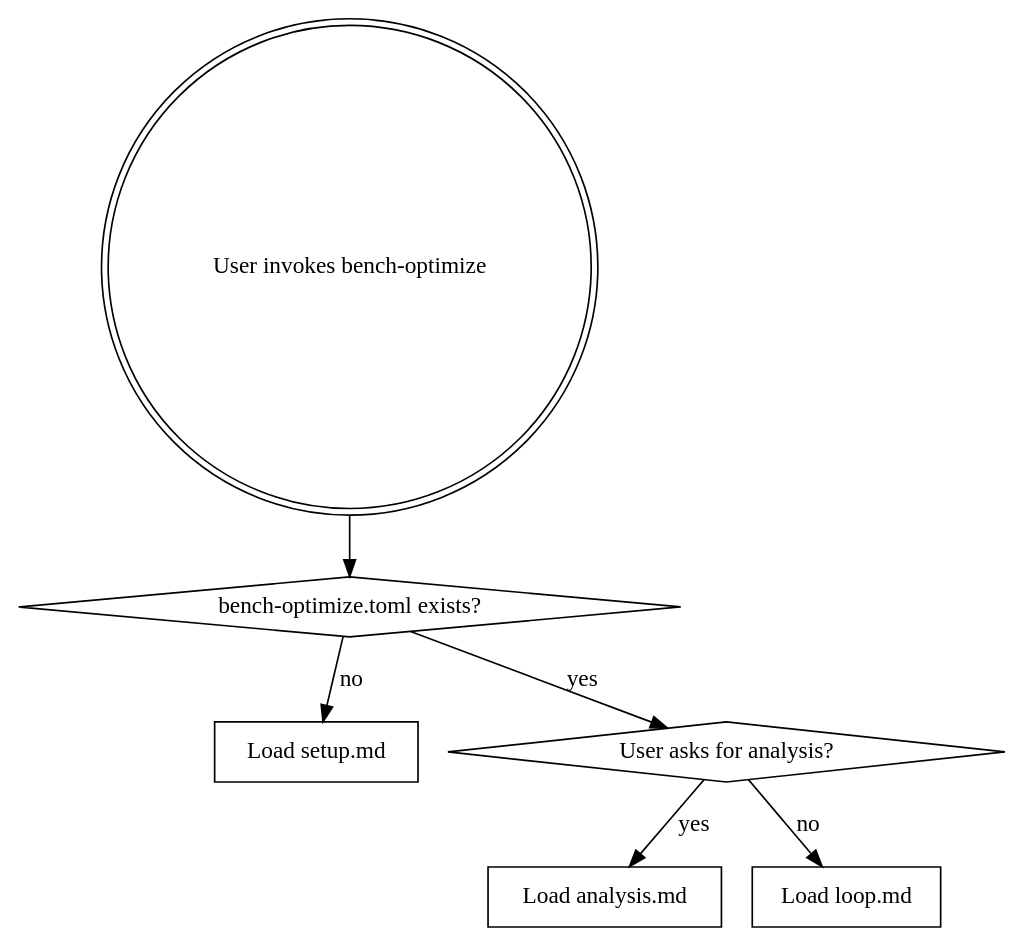
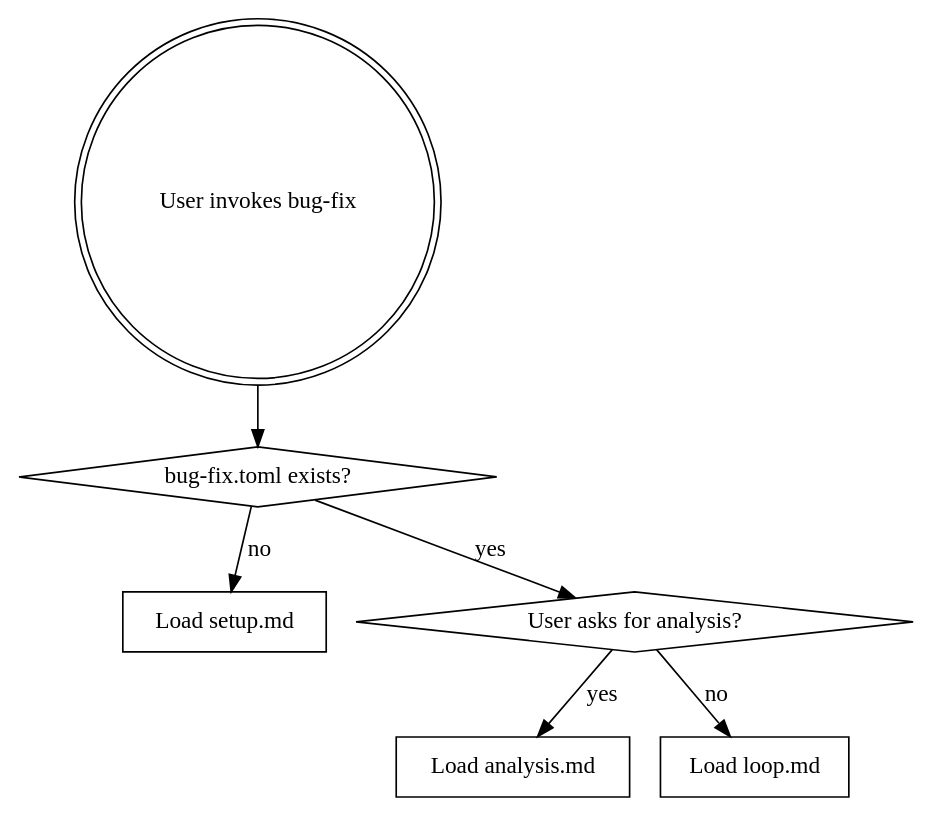
One commit to gpBlockchain/bug-hunt changed the diagram in SKILL.md. Above: the diagram before and after it, drawn with Graphviz. The commit also changed other lines of this file and 4 other files, not shown here.

First line of the commit message:
Transform bench-optimize into autonomous bug-fix skill

````diff
--- a/SKILL.md
+++ b/SKILL.md
@@ -20,16 +20,16 @@
 ```dot
 digraph routing {
-    "User invokes bench-optimize" [shape=doublecircle];
-    "bench-optimize.toml exists?" [shape=diamond];
+    "User invokes bug-fix" [shape=doublecircle];
+    "bug-fix.toml exists?" [shape=diamond];
     "Load setup.md" [shape=box];
     "User asks for analysis?" [shape=diamond];
     "Load analysis.md" [shape=box];
     "Load loop.md" [shape=box];
 
-    "User invokes bench-optimize" -> "bench-optimize.toml exists?";
-    "bench-optimize.toml exists?" -> "Load setup.md" [label="no"];
-    "bench-optimize.toml exists?" -> "User asks for analysis?" [label="yes"];
+    "User invokes bug-fix" -> "bug-fix.toml exists?";
+    "bug-fix.toml exists?" -> "Load setup.md" [label="no"];
+    "bug-fix.toml exists?" -> "User asks for analysis?" [label="yes"];
     "User asks for analysis?" -> "Load analysis.md" [label="yes"];
     "User asks for analysis?" -> "Load loop.md" [label="no"];
 }
 ```
````
